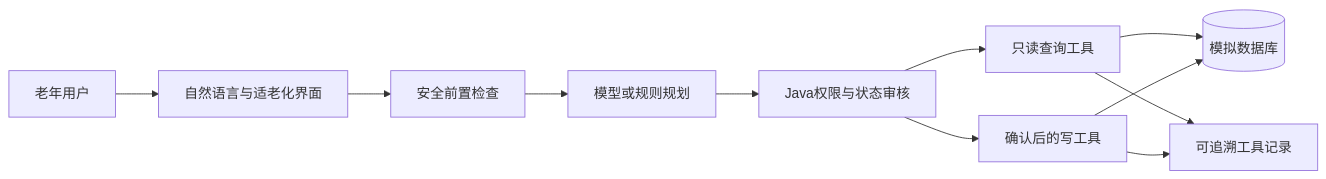
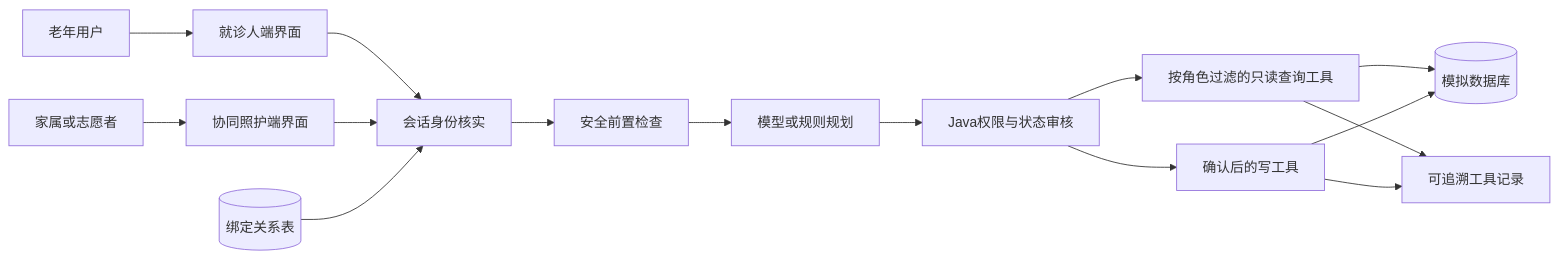
One commit to zhaoqingqing666/silver-followup-agent changed the diagram in docs/报名解决方案.md. Above: the diagram before and after it, drawn with Mermaid. The commit also changed other lines of this file and 14 other files, not shown here.

````diff
--- a/docs/报名解决方案.md
+++ b/docs/报名解决方案.md
@@ -55,13 +75,17 @@
 ```mermaid
 flowchart LR
-    U[老年用户] --> UI[自然语言与适老化界面]
-    UI --> S[安全前置检查]
+    U[老年用户] --> UI[就诊人端界面]
+    C[家属或志愿者] --> CUI[协同照护端界面]
+    UI --> ID[会话身份核实]
+    CUI --> ID
+    REL[(绑定关系表)] --> ID
+    ID --> S[安全前置检查]
     S --> M[模型或规则规划]
     M --> J[Java权限与状态审核]
-    J --> R[只读查询工具]
+    J --> R[按角色过滤的只读查询工具]
     J --> W[确认后的写工具]
     R --> D[(模拟数据库)]
     W --> D
     R --> T[可追溯工具记录]
     W --> T
 ```
````
